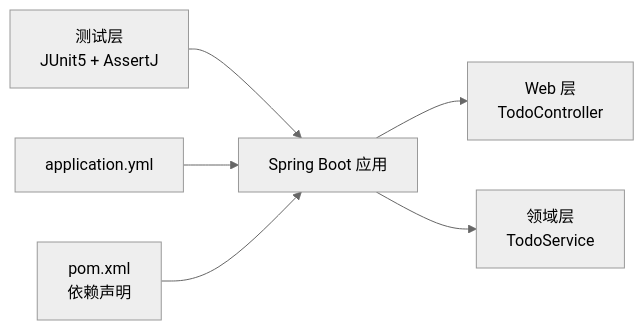
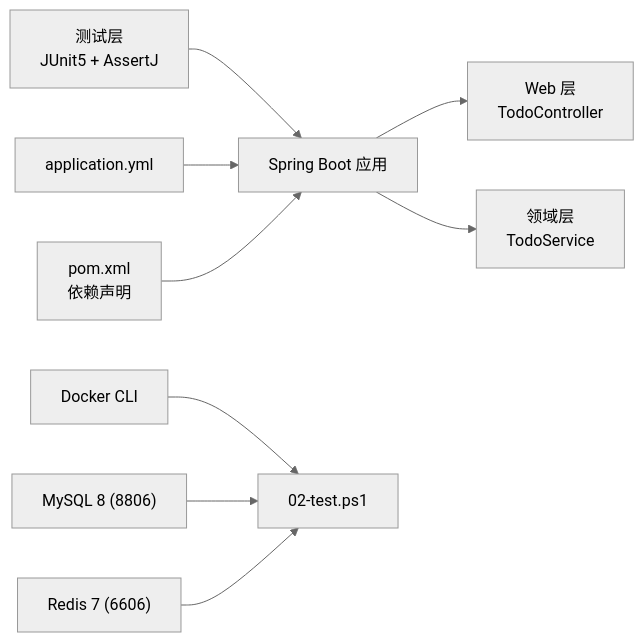
Before and after one commit to luyitiger6/my-first-project: the sixth of 6 diagrams in .qoder/repowiki/zh/content/自动化验证/测试检查.md, drawn with Mermaid (neutral theme). The commit also changed other lines of this file and 42 other files, not shown here.

````diff
--- a/.qoder/repowiki/zh/content/自动化验证/测试检查.md
+++ b/.qoder/repowiki/zh/content/自动化验证/测试检查.md
@@ -209,8 +298,11 @@
 ```mermaid
 graph LR
 Test["测试层<br/>JUnit5 + AssertJ"] --> App["Spring Boot 应用"]
 App --> Web["Web 层<br/>TodoController"]
 App --> Domain["领域层<br/>TodoService"]
 Config["application.yml"] --> App
 POM["pom.xml<br/>依赖声明"] --> App
+Docker["Docker CLI"] --> Gate["02-test.ps1"]
+MySQL["MySQL 8 (8806)"] --> Gate
+Redis["Redis 7 (6606)"] --> Gate
 ```
````
